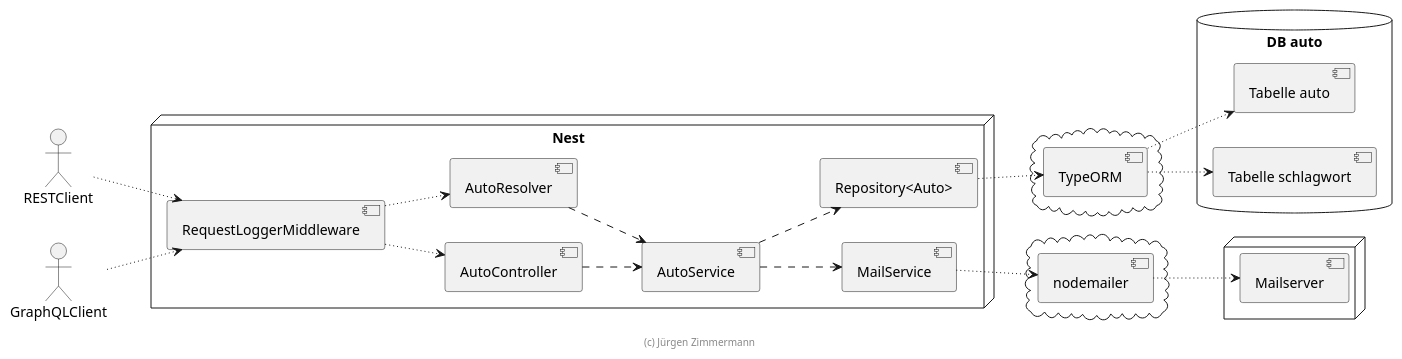
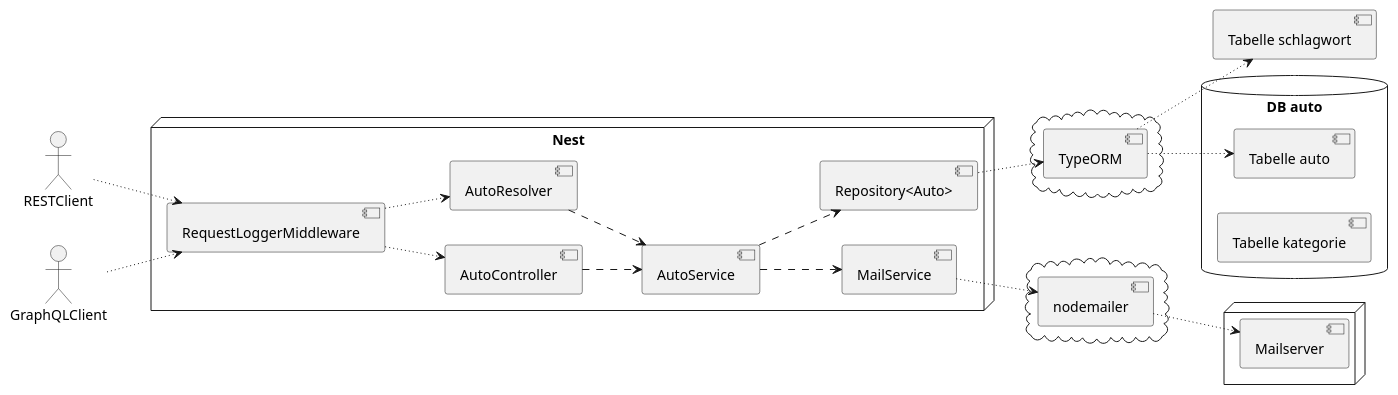
The diagram in extras/doc/entwicklerhandbuch/komponenten.plantuml (dithienphan/Auto), drawn with PlantUML before and after one commit. The commit also changed 3 other files, not shown here.

```diff
--- a/extras/doc/entwicklerhandbuch/komponenten.plantuml
+++ b/extras/doc/entwicklerhandbuch/komponenten.plantuml
@@ -18,59 +18,57 @@
 @startuml Komponenten
 
 left to right direction
 
 actor RESTClient
 actor GraphQLClient
 
 node "Nest" {
   [RequestLoggerMiddleware]
 
   [AutoController]
   [AutoResolver]
 
   [AutoService]
 
   [Repository<Auto>]
 
   [MailService]
 }
 
 
 cloud {
     [TypeORM]
 }
 
 cloud {
     [nodemailer]
 }
 
 database "DB auto" {
     [Tabelle auto]
-    [Tabelle schlagwort]
+    [Tabelle kategorie]
 }
 
 node {
     [Mailserver]
 }
 
 RESTClient ~~> [RequestLoggerMiddleware]
 GraphQLClient ~~> [RequestLoggerMiddleware]
 
 [RequestLoggerMiddleware] ~~> [AutoController]
 [RequestLoggerMiddleware] ~~> [AutoResolver]
 
 [AutoController] ..> [AutoService]
 [AutoResolver] ..> [AutoService]
 [AutoService] ..> [Repository<Auto>]
 
 [Repository<Auto>] ~~> [TypeORM]
 [TypeORM] ~~> [Tabelle auto]
 [TypeORM] ~~> [Tabelle schlagwort]
 
 [AutoService] ..> [MailService]
 [MailService] ~~> [nodemailer]
 [nodemailer] ~~> [Mailserver]
 
-footer (c) Jürgen Zimmermann
-
 @enduml
```
